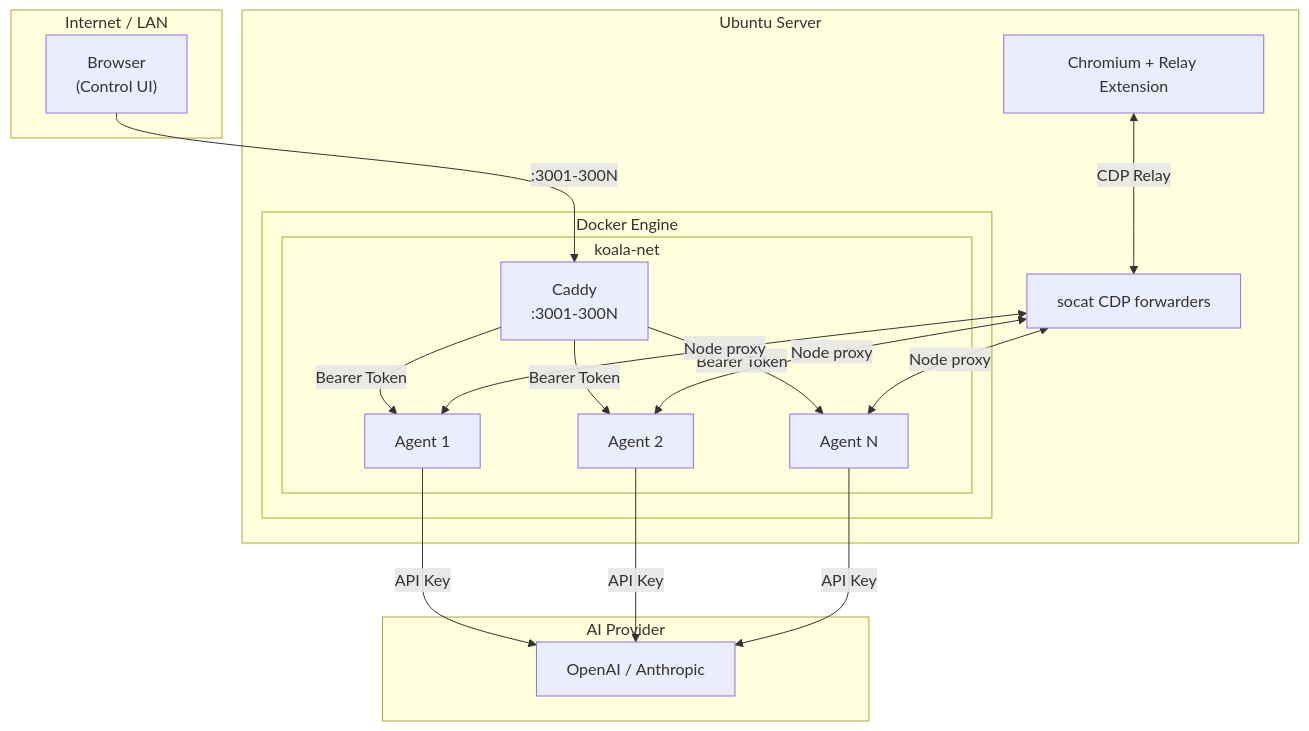
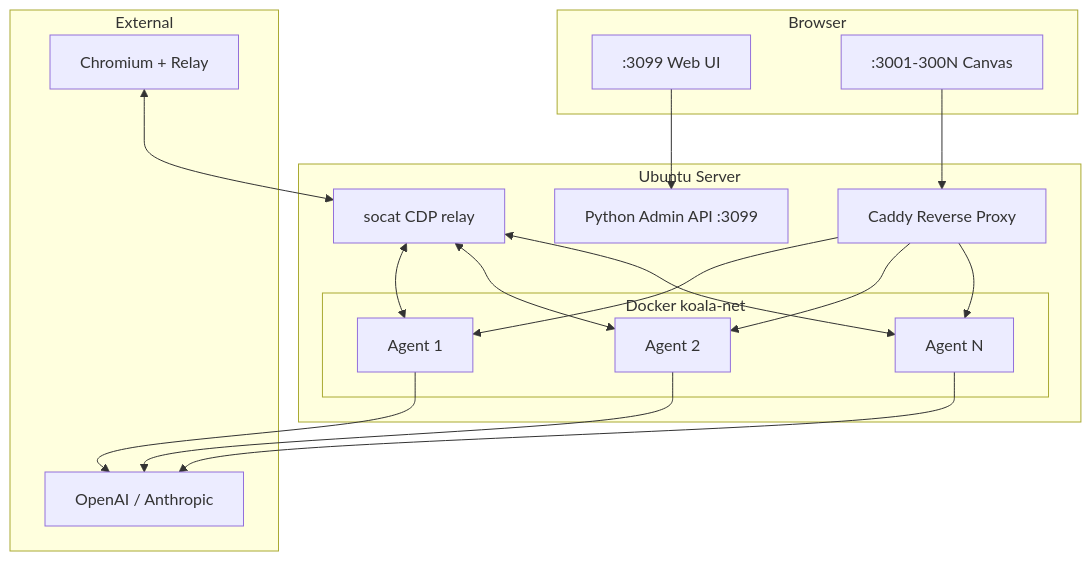
One commit to alicanti/koalaclaw changed the diagram in README.md. Above: the diagram before and after it, drawn with Mermaid. The commit also changed other lines of this file and 150 other files, not shown here.

````diff
--- a/README.md
+++ b/README.md
@@ -182,33 +199,31 @@
 ```mermaid
 graph TB
-    subgraph Internet["Internet / LAN"]
-        Browser["Browser<br/>(Control UI)"]
+    subgraph ClientLayer["Browser"]
+        UI[":3099 Web UI"]
+        Canvas[":3001-300N Canvas"]
     end
 
     subgraph Server["Ubuntu Server"]
-        Chromium["Chromium + Relay Extension"]
-        Socat["socat CDP forwarders"]
+        AdminAPI["Python Admin API :3099"]
+        Caddy["Caddy Reverse Proxy"]
+        Socat["socat CDP relay"]
 
-        subgraph Docker["Docker Engine"]
-            subgraph Network["koala-net"]
-                Caddy["Caddy<br/>:3001-300N"]
-                Agent1["Agent 1"]
-                Agent2["Agent 2"]
-                Agent3["Agent N"]
-            end
+        subgraph Docker["Docker koala-net"]
+            A1["Agent 1"]
+            A2["Agent 2"]
+            AN["Agent N"]
         end
     end
 
-    subgraph AI["AI Provider"]
-        API["OpenAI / Anthropic"]
+    subgraph External["External"]
+        AI["OpenAI / Anthropic"]
+        Chromium["Chromium + Relay"]
     end
 
-    Browser -->|":3001-300N"| Caddy
-    Caddy -->|"Bearer Token"| Agent1
-    Caddy -->|"Bearer Token"| Agent2
-    Caddy -->|"Bearer Token"| Agent3
-    Agent1 & Agent2 & Agent3 -->|"API Key"| API
-
-    Chromium <-->|"CDP Relay"| Socat
-    Socat <-->|"Node proxy"| Agent1 & Agent2 & Agent3
+    UI --> AdminAPI
+    Canvas --> Caddy
+    Caddy --> A1 & A2 & AN
+    A1 & A2 & AN --> AI
+    Chromium <--> Socat
+    Socat <--> A1 & A2 & AN
 ```
````
